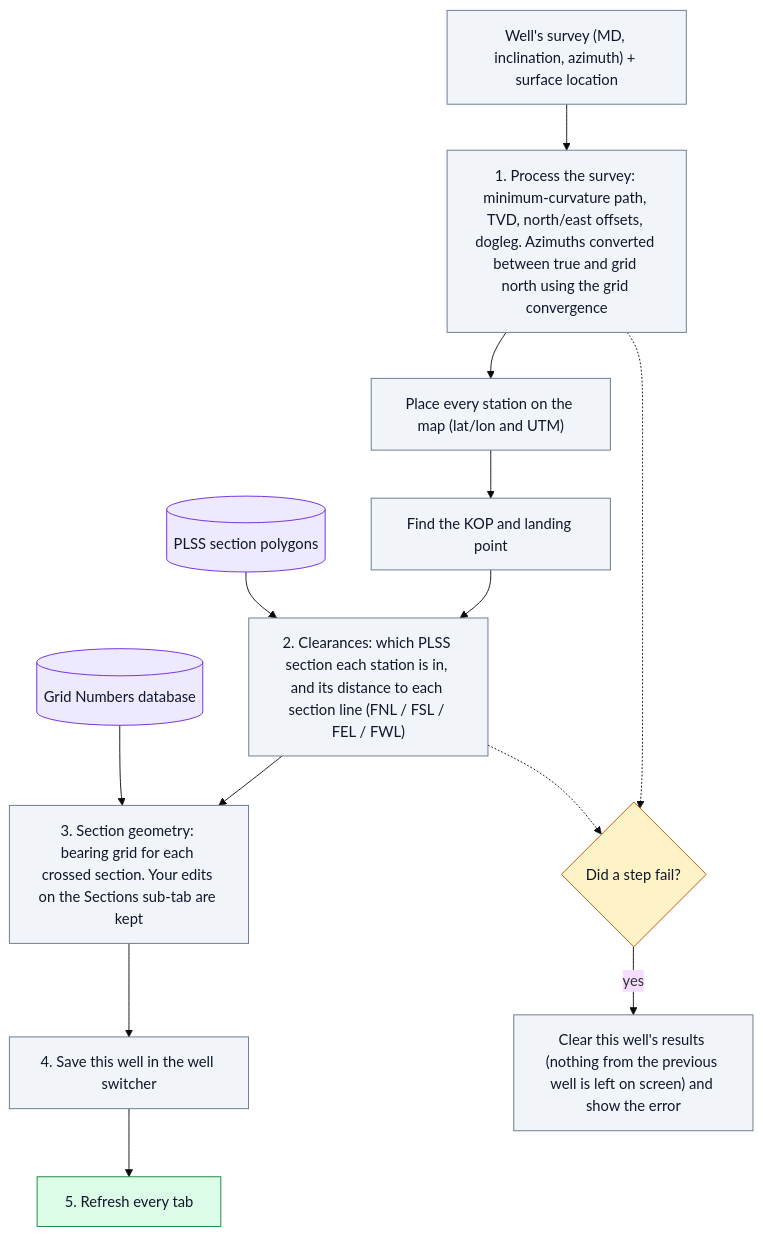
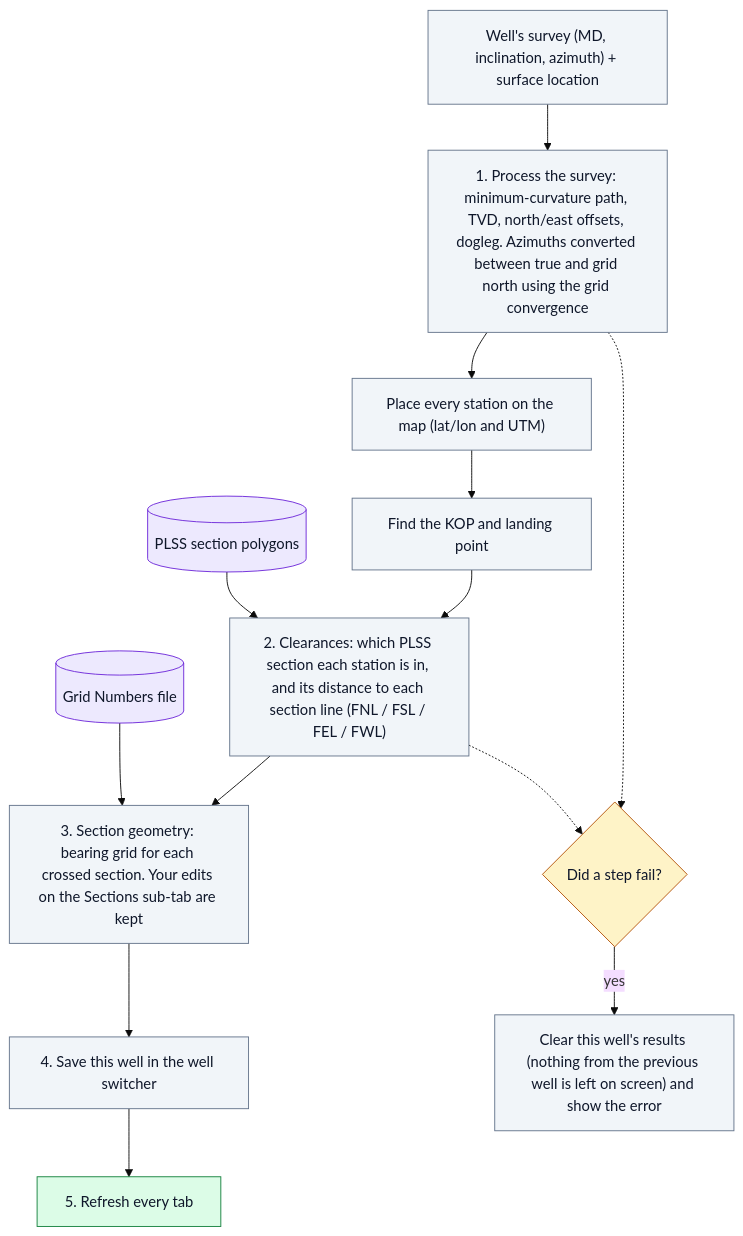
The fourth of 6 diagrams in etools/docs/app_guide.md (clgoodrich/EToolsV3), drawn with Mermaid (base theme) before and after one commit. The commit also changed other lines of this file and 44 other files, not shown here.

````diff
--- a/etools/docs/app_guide.md
+++ b/etools/docs/app_guide.md
@@ -200,29 +195,29 @@
 ```mermaid
 flowchart TD
     classDef auto fill:#f1f5f9,stroke:#64748b,color:#0f172a
     classDef out fill:#dcfce7,stroke:#15803d,color:#0f172a
     classDef data fill:#ede9fe,stroke:#6d28d9,color:#0f172a
     classDef dec fill:#fef3c7,stroke:#b45309,color:#0f172a
 
     P0["Well's survey (MD, inclination, azimuth) + surface location"]:::auto
     P1["1. Process the survey: minimum-curvature path, TVD, north/east offsets, dogleg. Azimuths converted between true and grid north using the grid convergence"]:::auto
     P2["Place every station on the map (lat/lon and UTM)"]:::auto
     P3["Find the KOP and landing point"]:::auto
     P4["2. Clearances: which PLSS section each station is in, and its distance to each section line (FNL / FSL / FEL / FWL)"]:::auto
     S1[("PLSS section polygons")]:::data
     P5["3. Section geometry: bearing grid for each crossed section. Your edits on the Sections sub-tab are kept"]:::auto
-    S2[("Grid Numbers database")]:::data
+    S2[("Grid Numbers file")]:::data
     P6["4. Save this well in the well switcher"]:::auto
     P7["5. Refresh every tab"]:::out
     F{"Did a step fail?"}:::dec
     F2["Clear this well's results (nothing from the previous well is left on screen) and show the error"]:::auto
 
     P0 --> P1 --> P2 --> P3 --> P4
     S1 --> P4
     P4 --> P5
     S2 --> P5
     P5 --> P6 --> P7
     P1 -.-> F
     P4 -.-> F
     F -- yes --> F2
 ```
````
